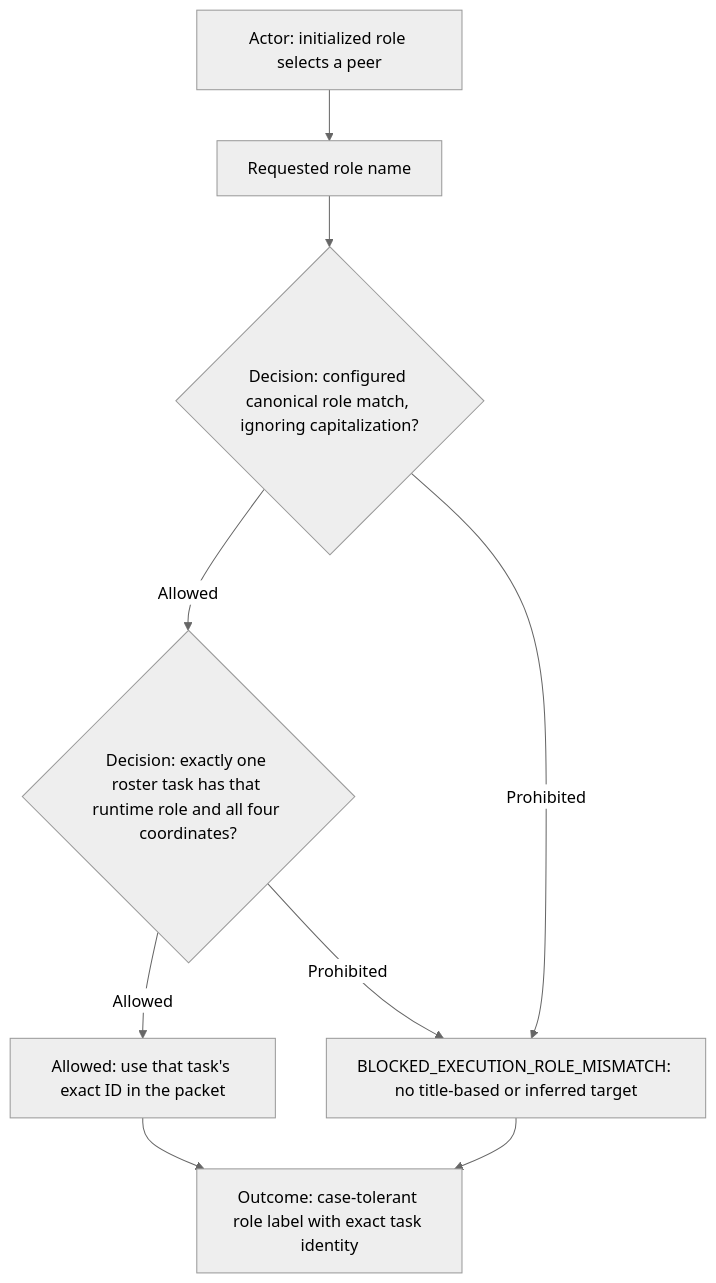
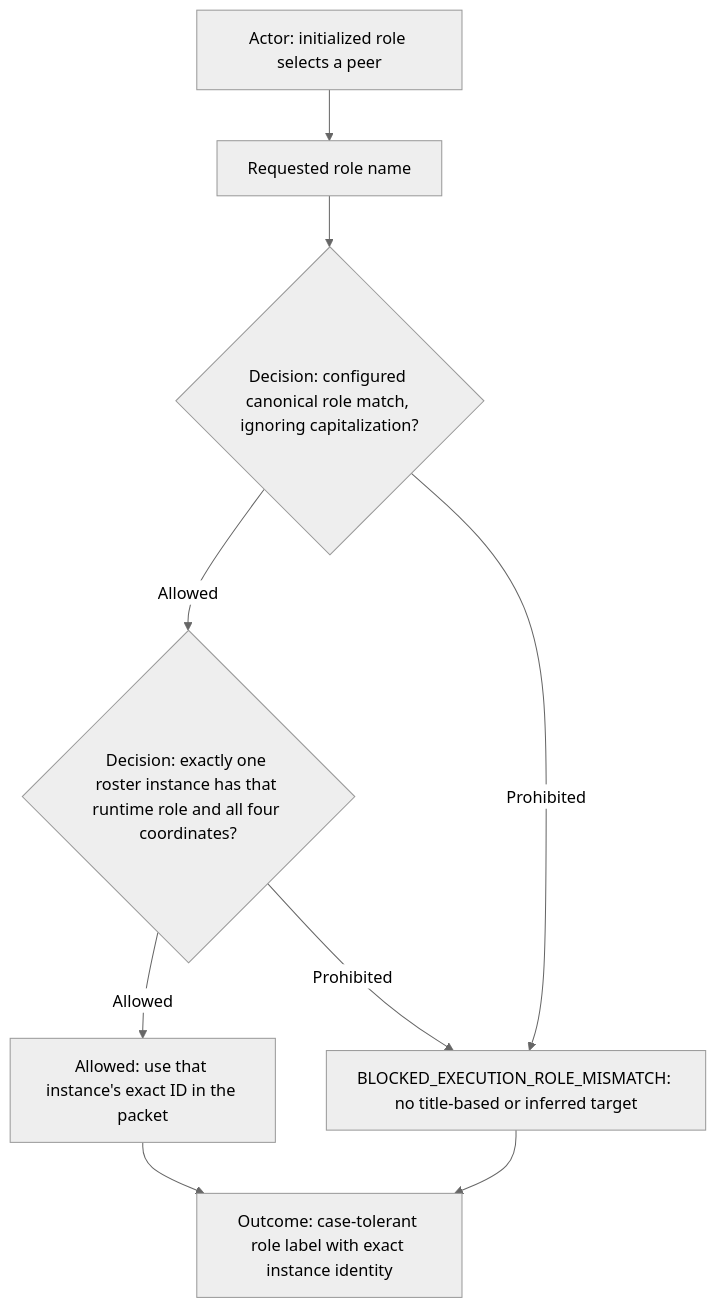
Before and after one commit to starodubtsevconsulting/ai-fleas: the tenth of 17 diagrams in ai-workflows/agents.md, drawn with Mermaid (neutral theme). The commit also changed other lines of this file and 15 other files, not shown here.

````diff
--- a/ai-workflows/agents.md
+++ b/ai-workflows/agents.md
@@ -235,11 +238,11 @@
 ```mermaid
 flowchart TD
   Actor["Actor: initialized role selects a peer"] --> Requested["Requested role name"]
   Requested --> Normalize{"Decision: configured canonical role match, ignoring capitalization?"}
-  Normalize -->|Allowed| Roster{"Decision: exactly one roster task has that runtime role and all four coordinates?"}
+  Normalize -->|Allowed| Roster{"Decision: exactly one roster instance has that runtime role and all four coordinates?"}
   Normalize -->|Prohibited| Blocked["BLOCKED_EXECUTION_ROLE_MISMATCH: no title-based or inferred target"]
-  Roster -->|Allowed| Target["Allowed: use that task's exact ID in the packet"]
+  Roster -->|Allowed| Target["Allowed: use that instance's exact ID in the packet"]
   Roster -->|Prohibited| Blocked
-  Target --> Outcome["Outcome: case-tolerant role label with exact task identity"]
+  Target --> Outcome["Outcome: case-tolerant role label with exact instance identity"]
   Blocked --> Outcome
 ```
````
